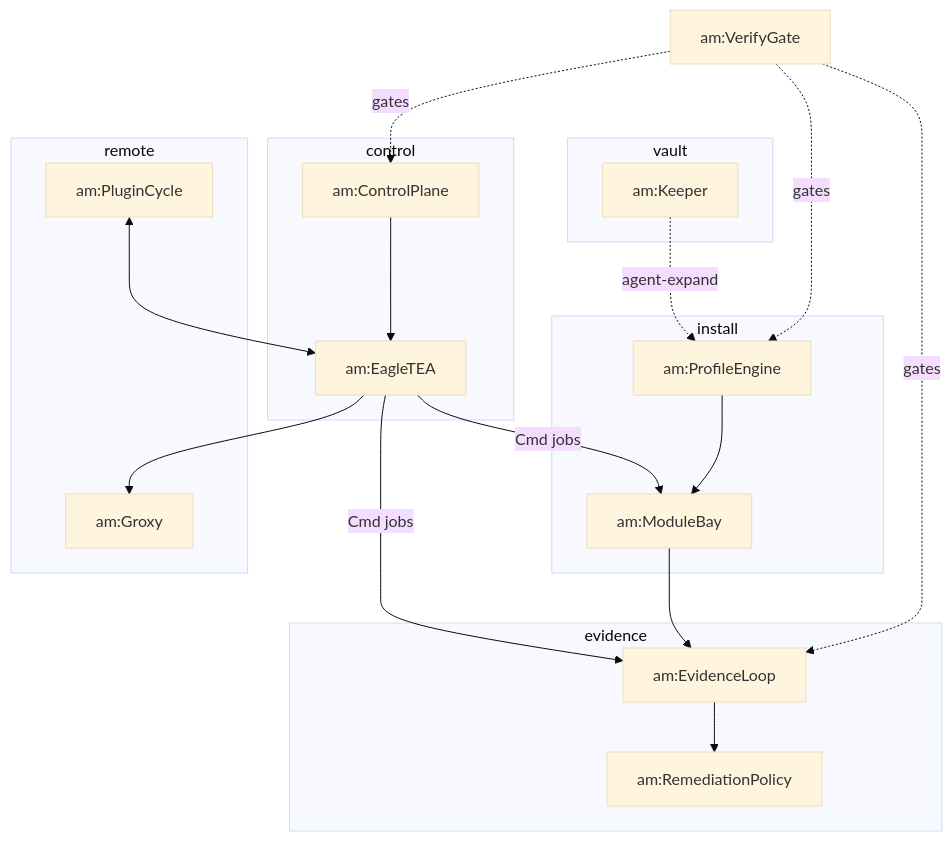
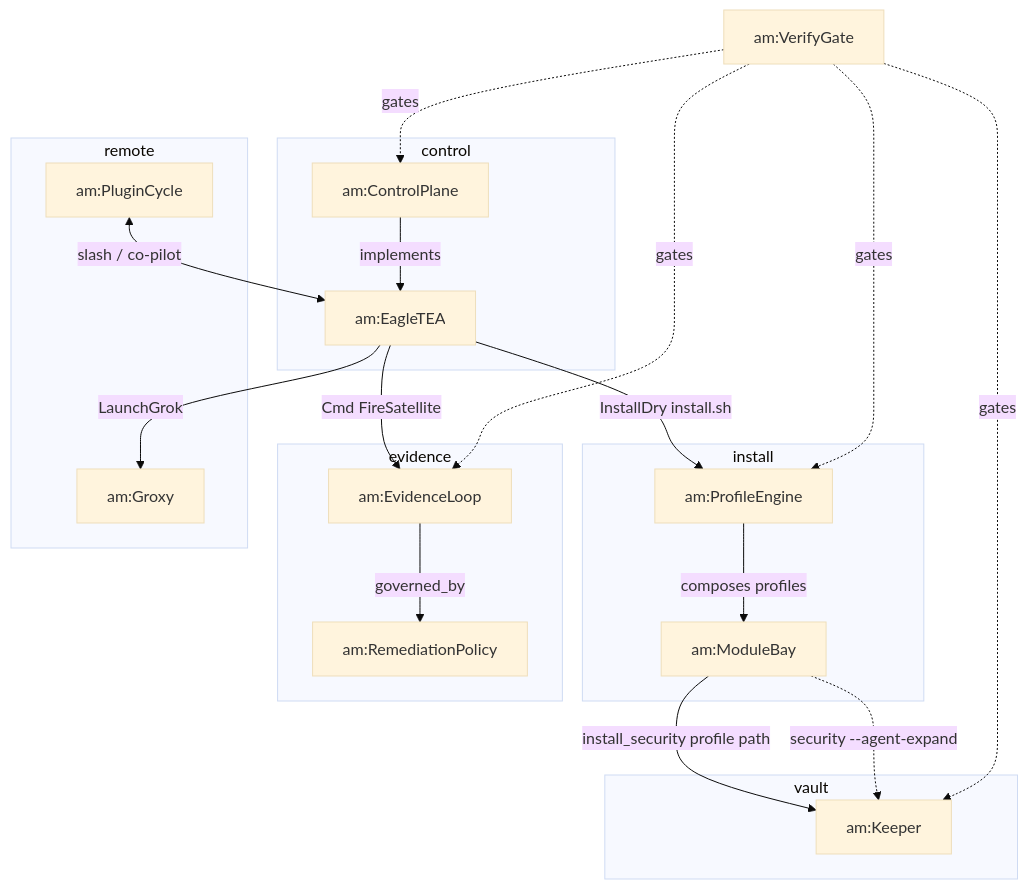
Before and after one commit to p10ns11y/arch-machine: the diagram in .agents/ontology/GRAPH.md, drawn with Mermaid (base theme). The commit also changed other lines of this file and 3 other files, not shown here.

````diff
--- a/.agents/ontology/GRAPH.md
+++ b/.agents/ontology/GRAPH.md
@@ -3,36 +5,37 @@
 ```mermaid
 flowchart TB
   subgraph control["control"]
+    CP[am:ControlPlane]
     Eagle[am:EagleTEA]
-    CP[am:ControlPlane]
   end
   subgraph install["install"]
     PE[am:ProfileEngine]
     MB[am:ModuleBay]
   end
   subgraph evidence["evidence"]
     EL[am:EvidenceLoop]
     RP[am:RemediationPolicy]
   end
   subgraph remote["remote"]
     GX[am:Groxy]
     PL[am:PluginCycle]
   end
   subgraph vault["vault"]
     KP[am:Keeper]
   end
   VG[am:VerifyGate]
 
-  CP --> Eagle
-  Eagle -->|Cmd jobs| MB
-  Eagle -->|Cmd jobs| EL
-  PE --> MB
-  MB --> EL
-  EL --> RP
-  Eagle --> GX
-  PL <--> Eagle
-  KP -.->|agent-expand| PE
+  CP -->|implements| Eagle
+  Eagle -->|Cmd FireSatellite| EL
+  Eagle -->|InstallDry install.sh| PE
+  Eagle -->|LaunchGrok| GX
+  PL <-->|slash / co-pilot| Eagle
+  PE -->|composes profiles| MB
+  MB -->|install_security profile path| KP
+  MB -.->|security --agent-expand| KP
+  EL -->|governed_by| RP
   VG -.->|gates| CP
   VG -.->|gates| PE
   VG -.->|gates| EL
+  VG -.->|gates| KP
 ```
````
